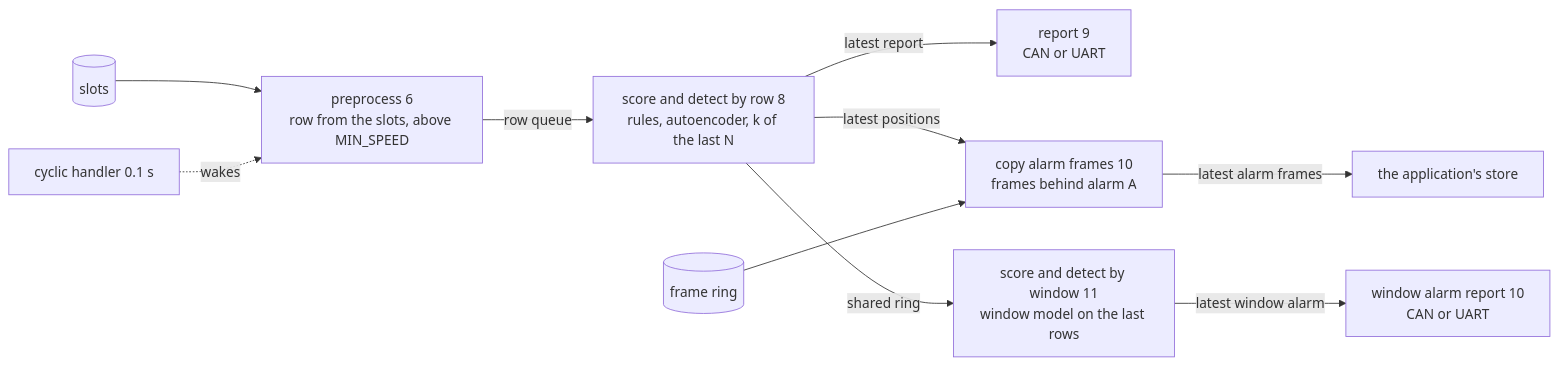
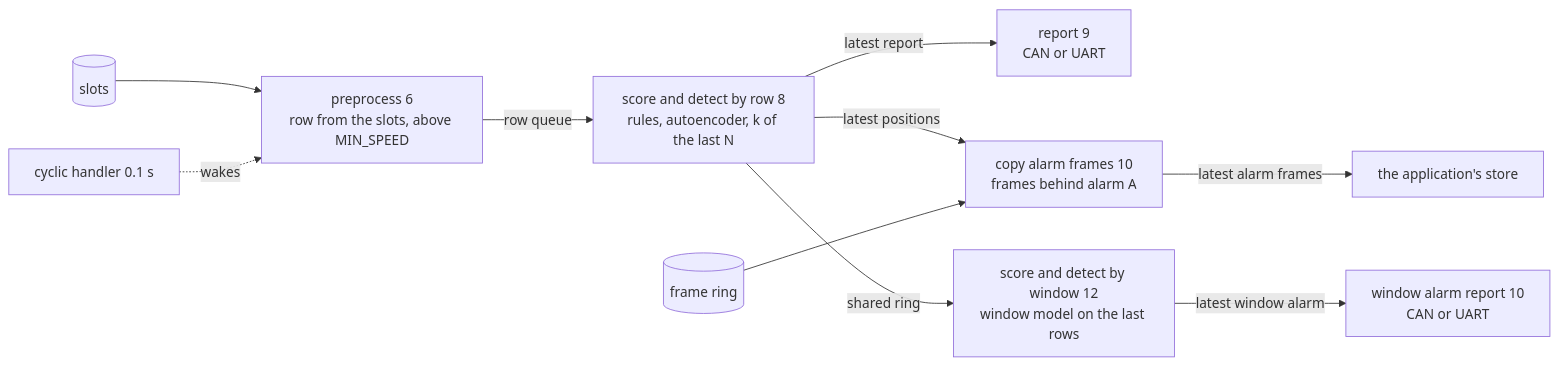
Before and after one commit to asana17/ai_can_anomaly_detection: the diagram in board/lib/ai_can_anomaly_detection_tasks/README.md, drawn with Mermaid. The commit also changed other lines of this file and 6 other files, not shown here.

````diff
--- a/board/lib/ai_can_anomaly_detection_tasks/README.md
+++ b/board/lib/ai_can_anomaly_detection_tasks/README.md
@@ -13,12 +13,12 @@
 ```mermaid
 flowchart LR
     slots[(slots)] --> pre["preprocess 6<br/>row from the slots, above MIN_SPEED"]
     tick[cyclic handler 0.1 s] -. wakes .-> pre
     pre -- row queue --> sd["score and detect by row 8<br/>rules, autoencoder, k of the last N"]
     sd -- latest report --> report["report 9<br/>CAN or UART"]
     sd -- latest positions --> copy["copy alarm frames 10<br/>frames behind alarm A"]
     frames[(frame ring)] --> copy
     copy -- latest alarm frames --> store["the application's store"]
-    sd -- shared ring --> win["score and detect by window 11<br/>window model on the last rows"]
+    sd -- shared ring --> win["score and detect by window 12<br/>window model on the last rows"]
     win -- latest window alarm --> window_report["window alarm report 10<br/>CAN or UART"]
 ```
````
